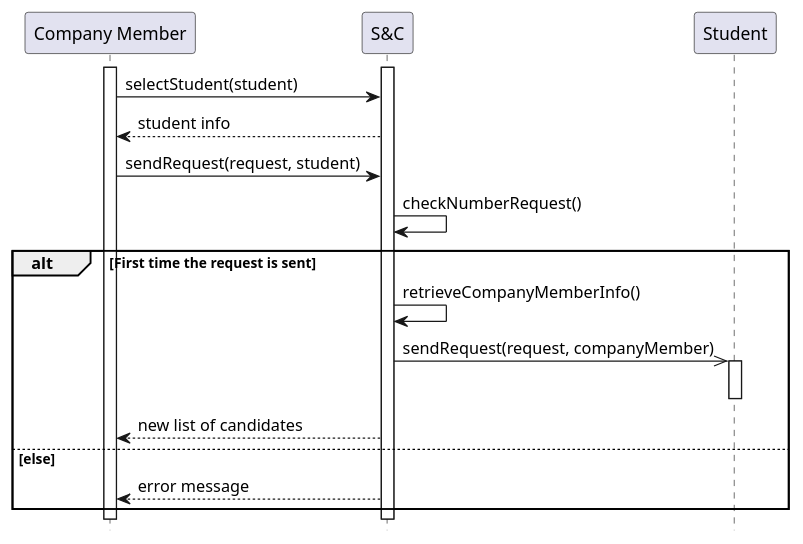
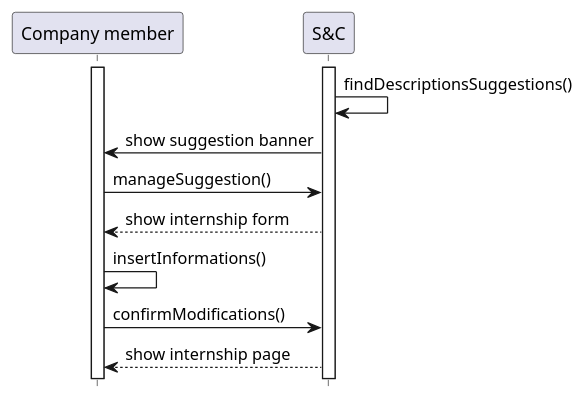
The diagram in RASD/Specific_requirements/uml_diagrams/UC15_diagram.puml (matti8702/R_and_DD_project_SE2), drawn with PlantUML before and after one commit. The commit also changed 32 other files, not shown here.

```diff
--- a/RASD/Specific_requirements/uml_diagrams/UC15_diagram.puml
+++ b/RASD/Specific_requirements/uml_diagrams/UC15_diagram.puml
@@ -1,23 +1,16 @@
 @startuml UC15_diagram
 hide footbox
 
-participant "Company Member" as CM
+participant "Company member" as CM
 participant "S&C" AS S
-participant "Student" as ST
 
 activate CM
 activate S
-CM -> S: selectStudent(student)
-S --> CM: student info
-CM -> S: sendRequest(request, student)
-S -> S:  checkNumberRequest()
-alt First time the request is sent
-    S -> S: retrieveCompanyMemberInfo()
-    S ->> ST : sendRequest(request, companyMember)
-    activate ST
-    deactivate ST
-    S --> CM : new list of candidates 
-else else
-    S --> CM: error message
-end
+S -> S: findDescriptionsSuggestions()
+S -> CM: show suggestion banner
+CM -> S: manageSuggestion()
+S --> CM: show internship form
+CM -> CM: insertInformations()
+CM -> S: confirmModifications()
+S --> CM: show internship page
 @enduml
```
